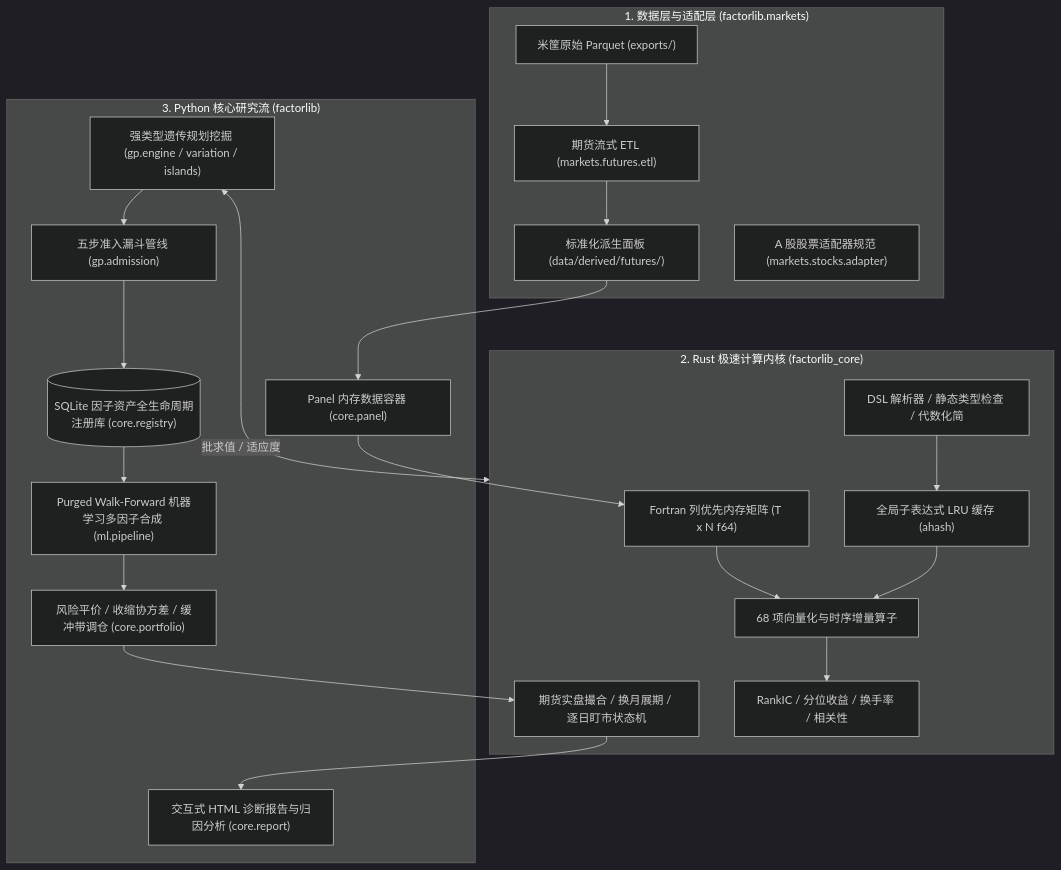
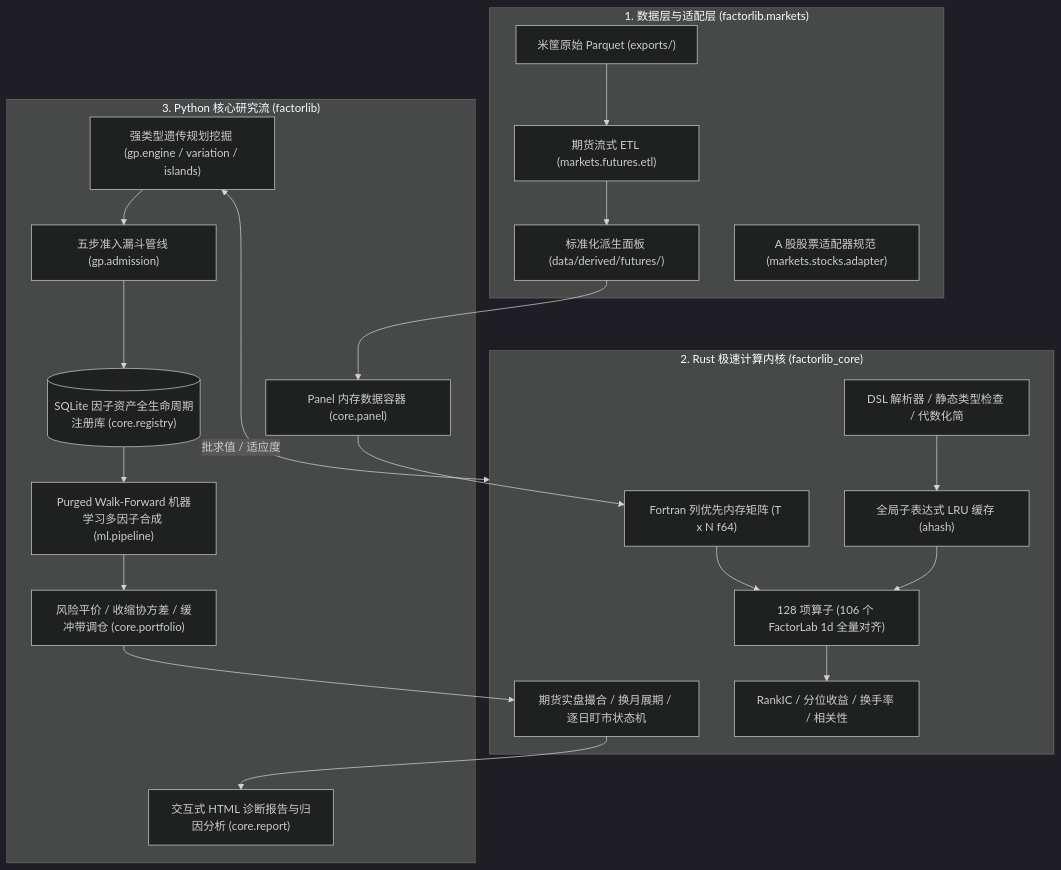
Before and after one commit to cr9294sc/FactorLibrary: the diagram in docs/api_reference.md, drawn with Mermaid (dark theme). The commit also changed other lines of this file and 6 other files, not shown here.

````diff
--- a/docs/api_reference.md
+++ b/docs/api_reference.md
@@ -13,36 +13,36 @@
 ```mermaid
 flowchart TD
     subgraph DataEngine["1. 数据层与适配层 (factorlib.markets)"]
         Raw["米筐原始 Parquet (exports/)"] --> FuturesETL["期货流式 ETL (markets.futures.etl)"]
         FuturesETL --> Derived["标准化派生面板 (data/derived/futures/)"]
         StockAdapter["A 股股票适配器规范 (markets.stocks.adapter)"]
     end
 
     subgraph RustCore["2. Rust 极速计算内核 (factorlib_core)"]
         Mem["Fortran 列优先内存矩阵 (T x N f64)"]
         AST["DSL 解析器 / 静态类型检查 / 代数化简"]
         LRU["全局子表达式 LRU 缓存 (ahash)"]
-        Ops["68 项向量化与时序增量算子"]
+        Ops["128 项算子 (106 个 FactorLab 1d 全量对齐)"]
         Metrics["RankIC / 分位收益 / 换手率 / 相关性"]
         StateEngine["期货实盘撮合 / 换月展期 / 逐日盯市状态机"]
     end
 
     subgraph ResearchPipeline["3. Python 核心研究流 (factorlib)"]
         Panel["Panel 内存数据容器 (core.panel)"]
         STGP["强类型遗传规划挖掘 (gp.engine / variation / islands)"]
         Admission["五步准入漏斗管线 (gp.admission)"]
         Registry[("SQLite 因子资产全生命周期注册库 (core.registry)")]
         ML["Purged Walk-Forward 机器学习多因子合成 (ml.pipeline)"]
         Portfolio["风险平价 / 收缩协方差 / 缓冲带调仓 (core.portfolio)"]
         Report["交互式 HTML 诊断报告与归因分析 (core.report)"]
     end
 
     Derived --> Panel
     Panel --> Mem
     Mem --> Ops --> Metrics
     AST --> LRU --> Ops
     STGP <-->|"批求值 / 适应度"| RustCore
     STGP --> Admission --> Registry
     Registry --> ML --> Portfolio
     Portfolio --> StateEngine --> Report
 ```
````
